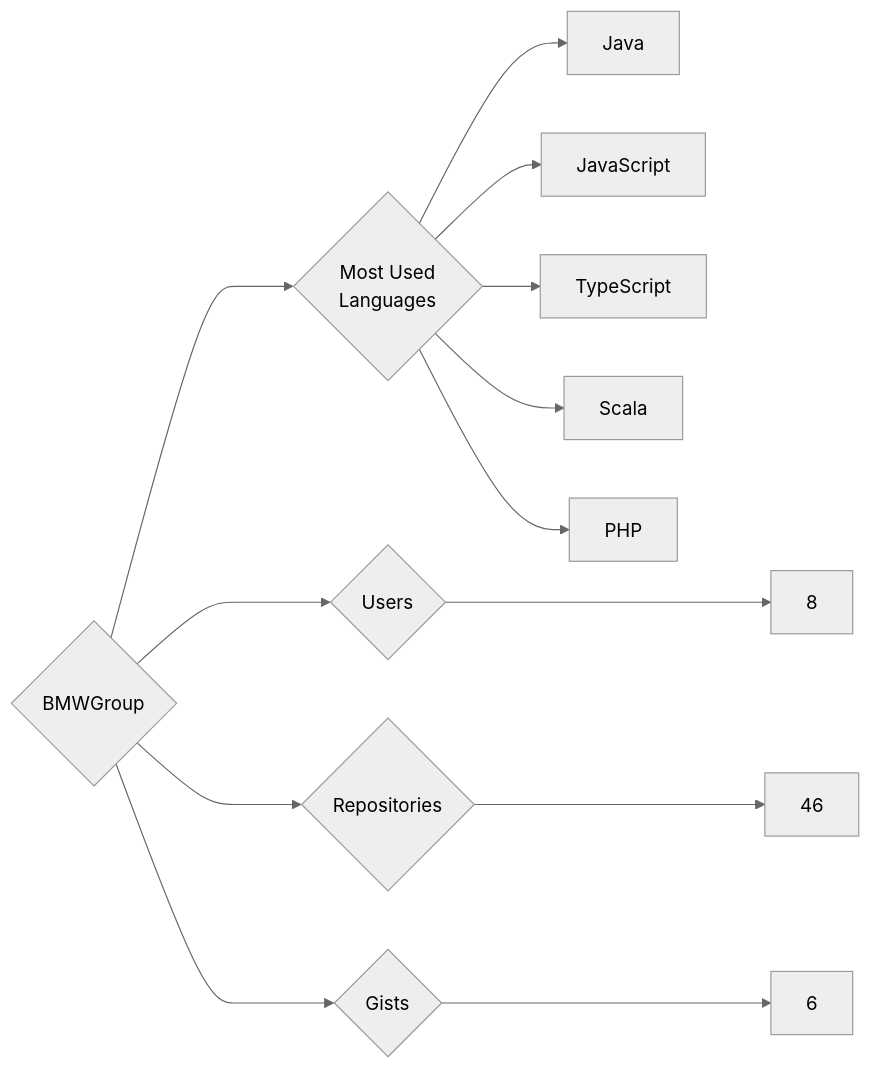
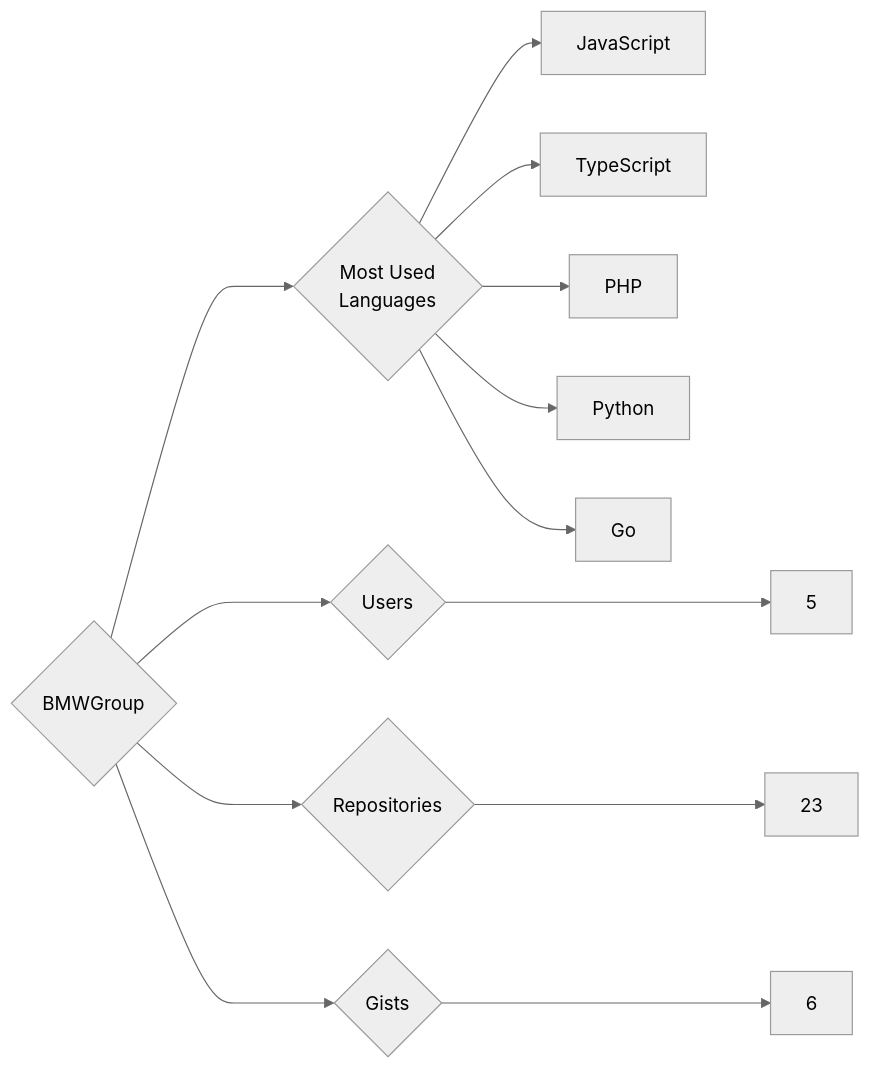
One commit to trickest/insiders changed the diagram in targets/BMWGroup/README.md. Above: the diagram before and after it, drawn with Mermaid (neutral theme). The commit also changed 1148 other files, not shown here.

````diff
--- a/targets/BMWGroup/README.md
+++ b/targets/BMWGroup/README.md
@@ -3,13 +3,13 @@
 ```mermaid
 graph LR
 COMPANY_NAME{BMWGroup}
-COMPANY_NAME ---> U{Users} ---> UN[8]
-COMPANY_NAME ---> R{Repositories} ---> RN[46]
+COMPANY_NAME ---> U{Users} ---> UN[5]
+COMPANY_NAME ---> R{Repositories} ---> RN[23]
 COMPANY_NAME ---> G{Gists} ---> GN[6]
 COMPANY_NAME ---> ML{Most Used<br>Languages}
-ML --> Java[Java]
 ML --> JavaScript[JavaScript]
 ML --> TypeScript[TypeScript]
-ML --> Scala[Scala]
 ML --> PHP[PHP]
+ML --> Python[Python]
+ML --> Go[Go]
 ```
````
